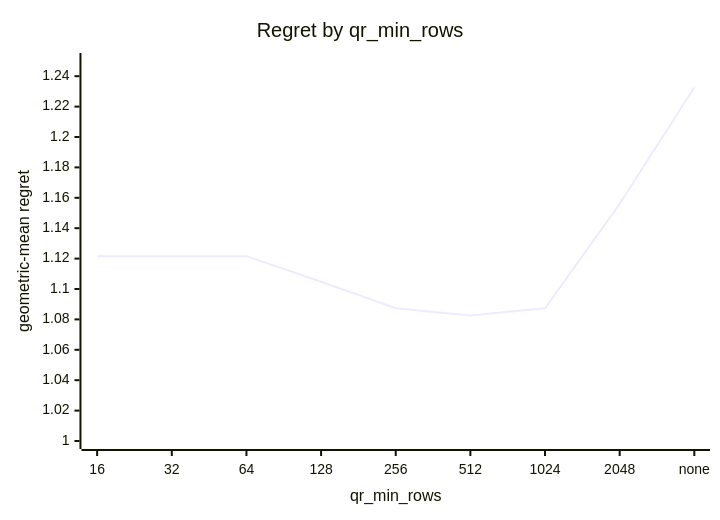
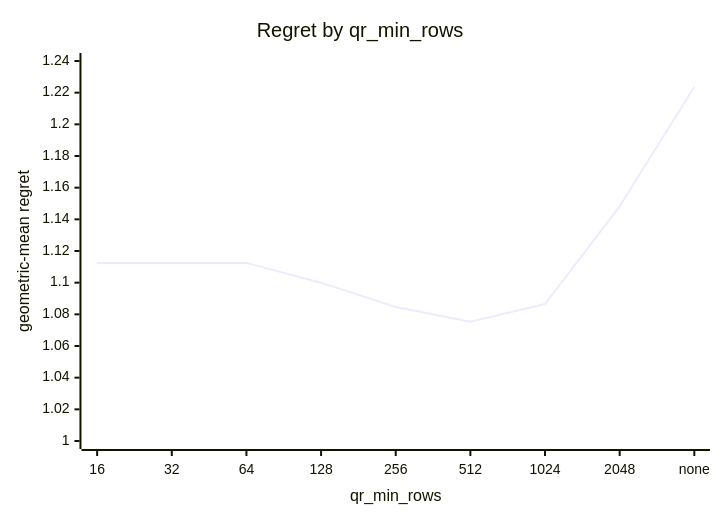
Before and after one commit to c0rmac/metal-linalg: the fourth of 8 diagrams in docs/results/apple-m5-pro-20gpu/combined/svd/report.md, drawn with Mermaid. The commit also changed other lines of this file and 9 other files, not shown here.

````diff
--- a/docs/results/apple-m5-pro-20gpu/combined/svd/report.md
+++ b/docs/results/apple-m5-pro-20gpu/combined/svd/report.md
@@ -91,7 +92,7 @@
 ```mermaid
 xychart-beta
     title "Regret by qr_min_rows"
     x-axis "qr_min_rows" [16, 32, 64, 128, 256, 512, 1024, 2048, none]
-    y-axis "geometric-mean regret" 1.0 --> 1.25
-    line [1.1216, 1.1216, 1.1216, 1.1048, 1.0873, 1.0825, 1.0873, 1.1560, 1.2326]
+    y-axis "geometric-mean regret" 1.0 --> 1.24
+    line [1.1125, 1.1125, 1.1125, 1.1000, 1.0846, 1.0754, 1.0865, 1.1482, 1.2236]
 ```
````
